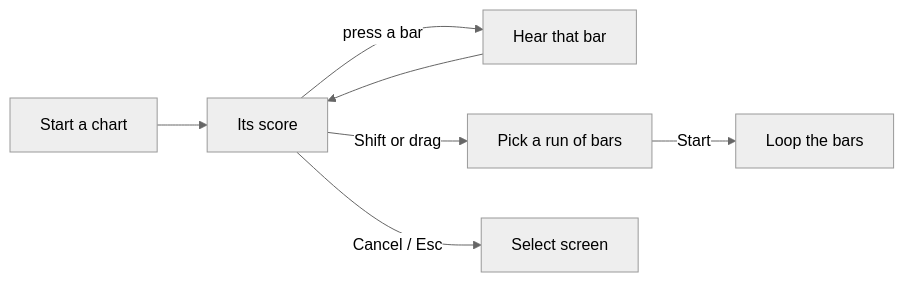
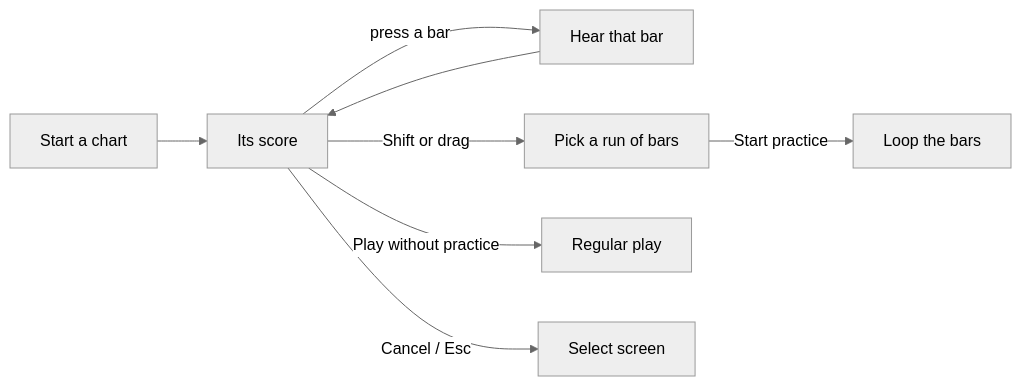
One commit to nulltask/be-music changed the fifth of 6 diagrams in docs/play-options.md. Above: the diagram before and after it, drawn with Mermaid (neutral theme). The commit also changed other lines of this file and 10 other files, not shown here.

First line of the commit message:
feat(app-play): set PRACTICE options and play without practice from the bar picker

````diff
--- a/docs/play-options.md
+++ b/docs/play-options.md
@@ -251,9 +251,10 @@
 ```mermaid
 flowchart LR
   start[Start a chart] --> score[Its score]
   score -->|press a bar| audition[Hear that bar]
   audition --> score
   score -->|Shift or drag| bars[Pick a run of bars]
-  bars -->|Start| loop[Loop the bars]
+  bars -->|Start practice| loop[Loop the bars]
+  score -->|Play without practice| play[Regular play]
   score -->|Cancel / Esc| select[Select screen]
 ```
````
